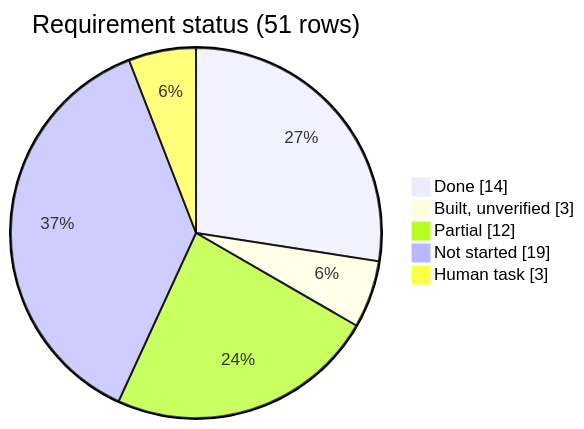
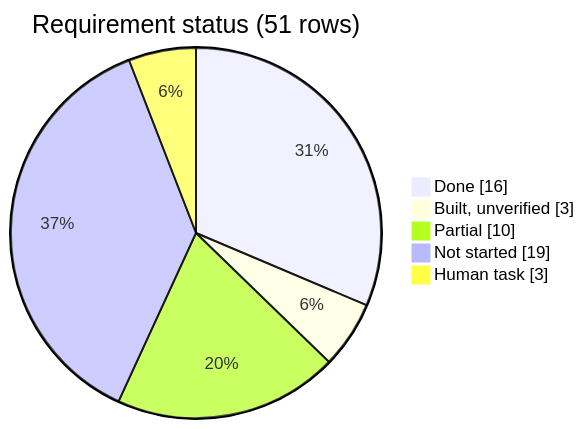
One commit to Pyxis-Hq/pyxis changed the diagram in docs/rfp-acceptance-matrix.md. Above: the diagram before and after it, drawn with Mermaid. The commit also changed other lines of this file and 1 other file, not shown here.

Commit message:
docs: update the acceptance matrix counts and mark the onboarding guide done

````diff
--- a/docs/rfp-acceptance-matrix.md
+++ b/docs/rfp-acceptance-matrix.md
@@ -36,8 +36,8 @@
 ```mermaid
 pie showData title Requirement status (51 rows)
-  "Done" : 14
+  "Done" : 16
   "Built, unverified" : 3
-  "Partial" : 12
+  "Partial" : 10
   "Not started" : 19
   "Human task" : 3
 ```
````
